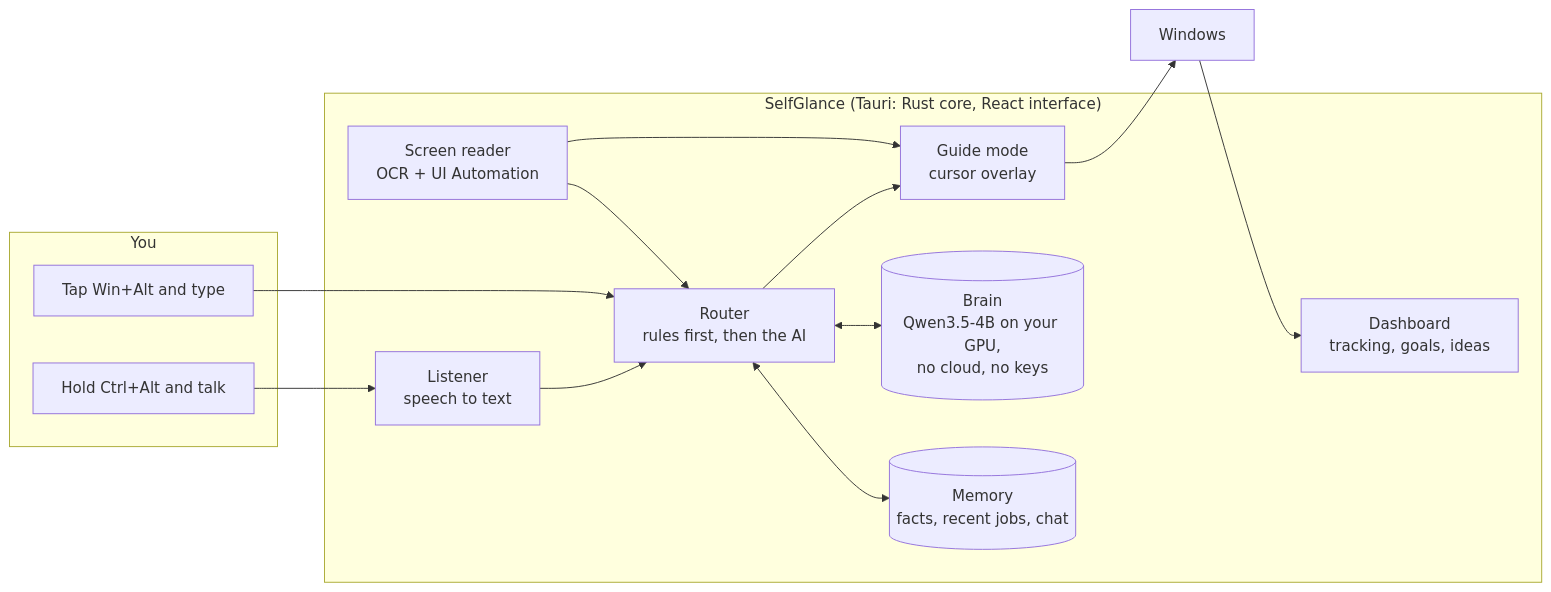
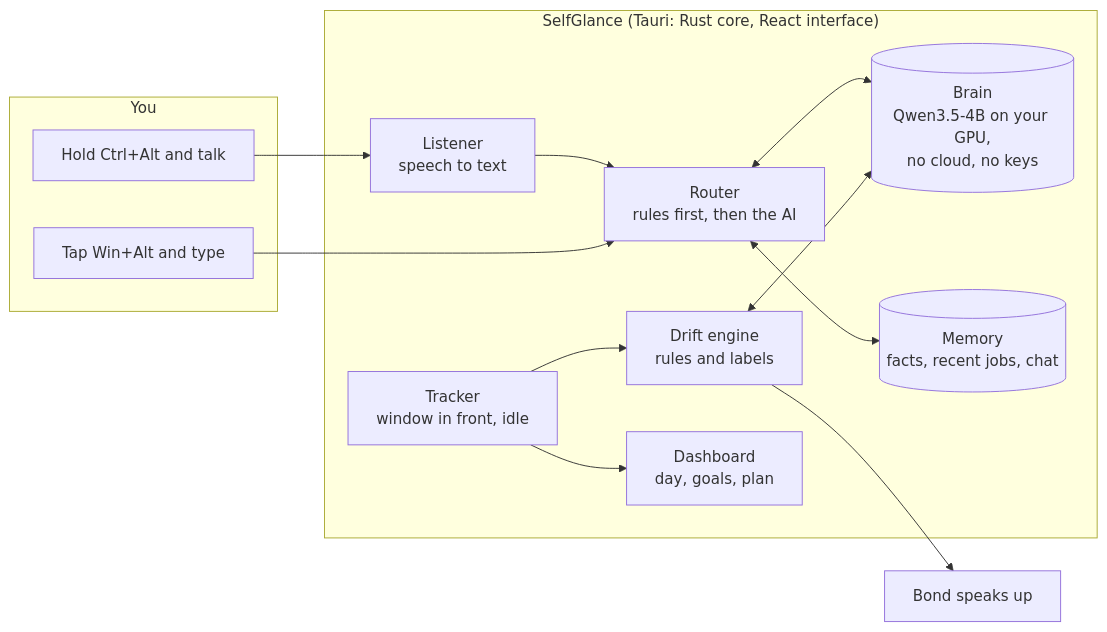
The second of 2 diagrams in README.md (bashantatiwari/selfglance_app), drawn with Mermaid before and after one commit. The commit also changed other lines of this file and 13 other files, not shown here.

````diff
--- a/README.md
+++ b/README.md
@@ -109,25 +102,24 @@
 ```mermaid
 flowchart LR
     subgraph In["You"]
         V["Hold Ctrl+Alt and talk"]
         T["Tap Win+Alt and type"]
     end
     subgraph App["SelfGlance (Tauri: Rust core, React interface)"]
         L["Listener<br/>speech to text"]
         R["Router<br/>rules first, then the AI"]
-        G["Guide mode<br/>cursor overlay"]
-        S["Screen reader<br/>OCR + UI Automation"]
+        K["Tracker<br/>window in front, idle"]
+        G["Drift engine<br/>rules and labels"]
         B[("Brain<br/>Qwen3.5-4B on your GPU,<br/>no cloud, no keys")]
         M[("Memory<br/>facts, recent jobs, chat")]
-        D["Dashboard<br/>tracking, goals, ideas"]
+        D["Dashboard<br/>day, goals, plan"]
     end
     V --> L --> R
     T --> R
     R <--> B
     R <--> M
-    R --> G
-    S --> R
-    S --> G
-    G --> Win["Windows"]
-    Win --> D
+    K --> G
+    G <--> B
+    G --> Y["Bond speaks up"]
+    K --> D
 ```
````
